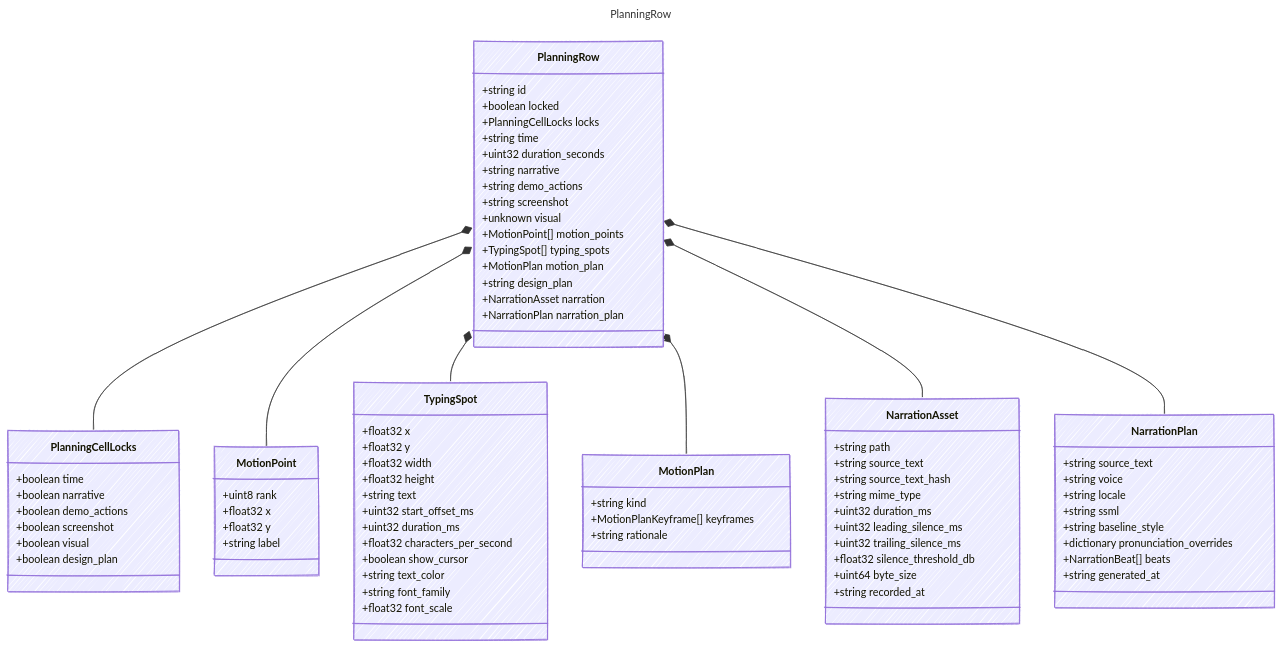
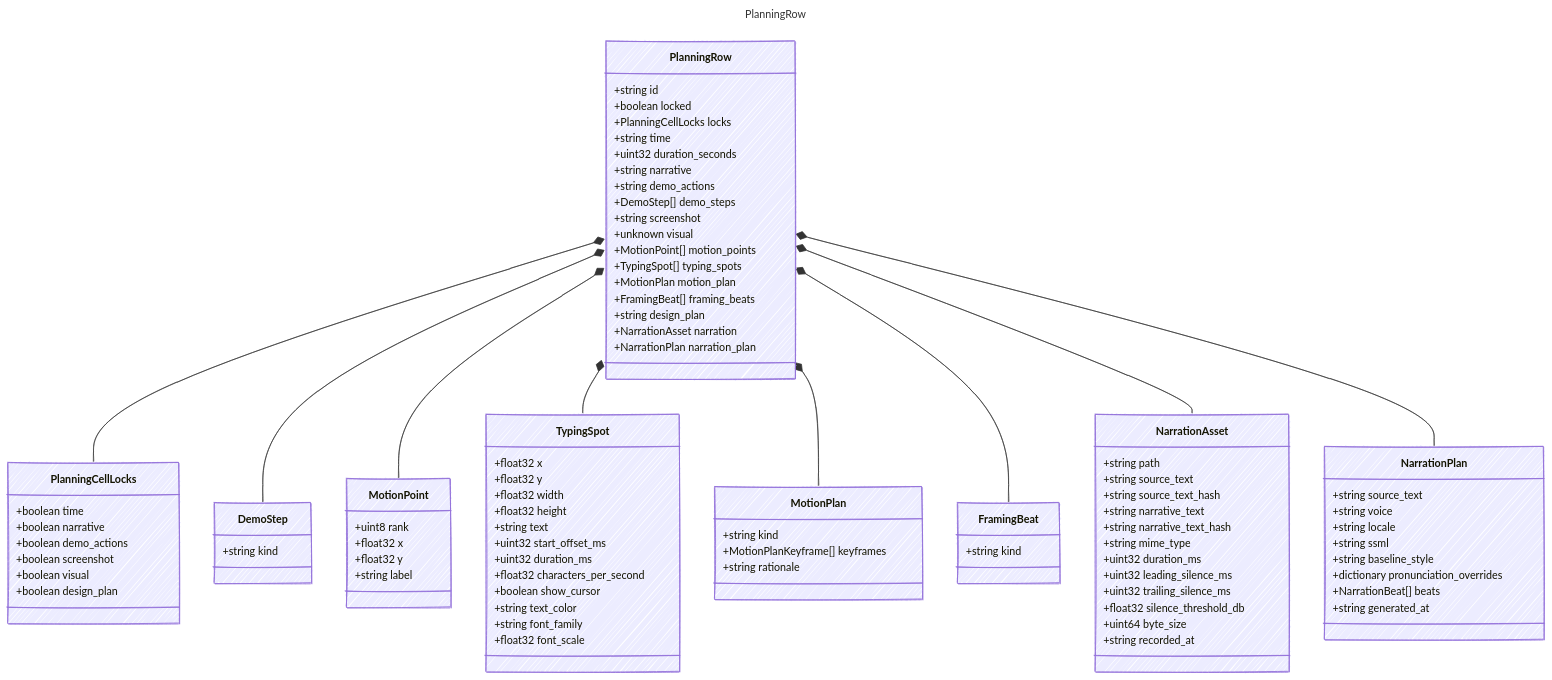
Before and after one commit to sethjuarez/cutready: the diagram in contracts/generated/markdown/PlanningRow.md, drawn with Mermaid. The commit also changed other lines of this file and 116 other files, not shown here.

```diff
--- a/contracts/generated/markdown/PlanningRow.md
+++ b/contracts/generated/markdown/PlanningRow.md
@@ -28,11 +28,13 @@
         +uint32 duration_seconds
         +string narrative
         +string demo_actions
+        +DemoStep[] demo_steps
         +string screenshot
         +unknown visual
         +MotionPoint[] motion_points
         +TypingSpot[] typing_spots
         +MotionPlan motion_plan
+        +FramingBeat[] framing_beats
         +string design_plan
         +NarrationAsset narration
         +NarrationPlan narration_plan
@@ -46,6 +48,10 @@
         +boolean design_plan
     }
     PlanningRow *-- PlanningCellLocks
+    class DemoStep {
+        +string kind
+    }
+    PlanningRow *-- DemoStep
     class MotionPoint {
         +uint8 rank
         +float32 x
@@ -74,10 +80,16 @@
         +string rationale
     }
     PlanningRow *-- MotionPlan
+    class FramingBeat {
+        +string kind
+    }
+    PlanningRow *-- FramingBeat
     class NarrationAsset {
         +string path
         +string source_text
         +string source_text_hash
+        +string narrative_text
+        +string narrative_text_hash
         +string mime_type
         +uint32 duration_ms
         +uint32 leading_silence_ms
```
